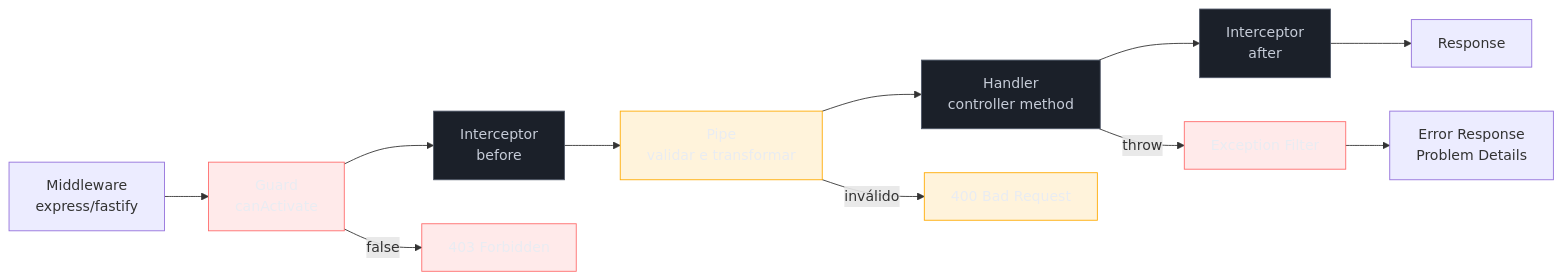
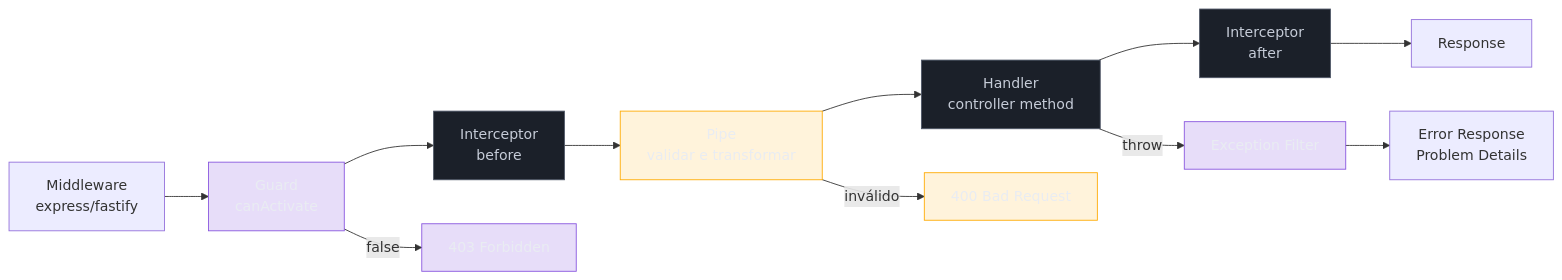
The diagram in 03-Dominios/Tecnologia/Node/Frameworks e arquitetura/04 - NestJS - guards, interceptors, pipes, filters.md (josenaldo/codex-technomanticus), drawn with Mermaid before and after one commit. The commit also changed 601 other files, not shown here.

````diff
--- a/03-Dominios/Tecnologia/Node/Frameworks e arquitetura/04 - NestJS - guards, interceptors, pipes, filters.md
+++ b/03-Dominios/Tecnologia/Node/Frameworks e arquitetura/04 - NestJS - guards, interceptors, pipes, filters.md
@@ -39,26 +39,26 @@
 ```mermaid
 flowchart LR
-    classDef falha fill:#FF6B6B24,stroke:#FF6B6B,color:#E9ECF2
+    classDef marca fill:#8855DF33,stroke:#8855DF,color:#E9ECF2
     classDef destaque fill:#FFAA0024,stroke:#FFAA00,color:#E9ECF2
     classDef neutro fill:#1B2029,stroke:#4E5666,color:#C6CCD8
     MW[Middleware\nexpress/fastify] --> GD[Guard\ncanActivate]
     GD --> IB[Interceptor\nbefore]
     IB --> PP[Pipe\nvalidar e transformar]
     PP --> HD[Handler\ncontroller method]
     HD --> IA[Interceptor\nafter]
     IA --> RS[Response]
 
     GD -->|false| F1[403 Forbidden]
     PP -->|inválido| F2[400 Bad Request]
     HD -->|throw| EF[Exception Filter]
     EF --> ER[Error Response\nProblem Details]
 
-    class GD falha
+    class GD marca
     class PP destaque
     class IB neutro
     class IA neutro
-    class EF falha
+    class EF marca
     class HD neutro
-    class F1 falha
+    class F1 marca
     class F2 destaque
 ```
````
